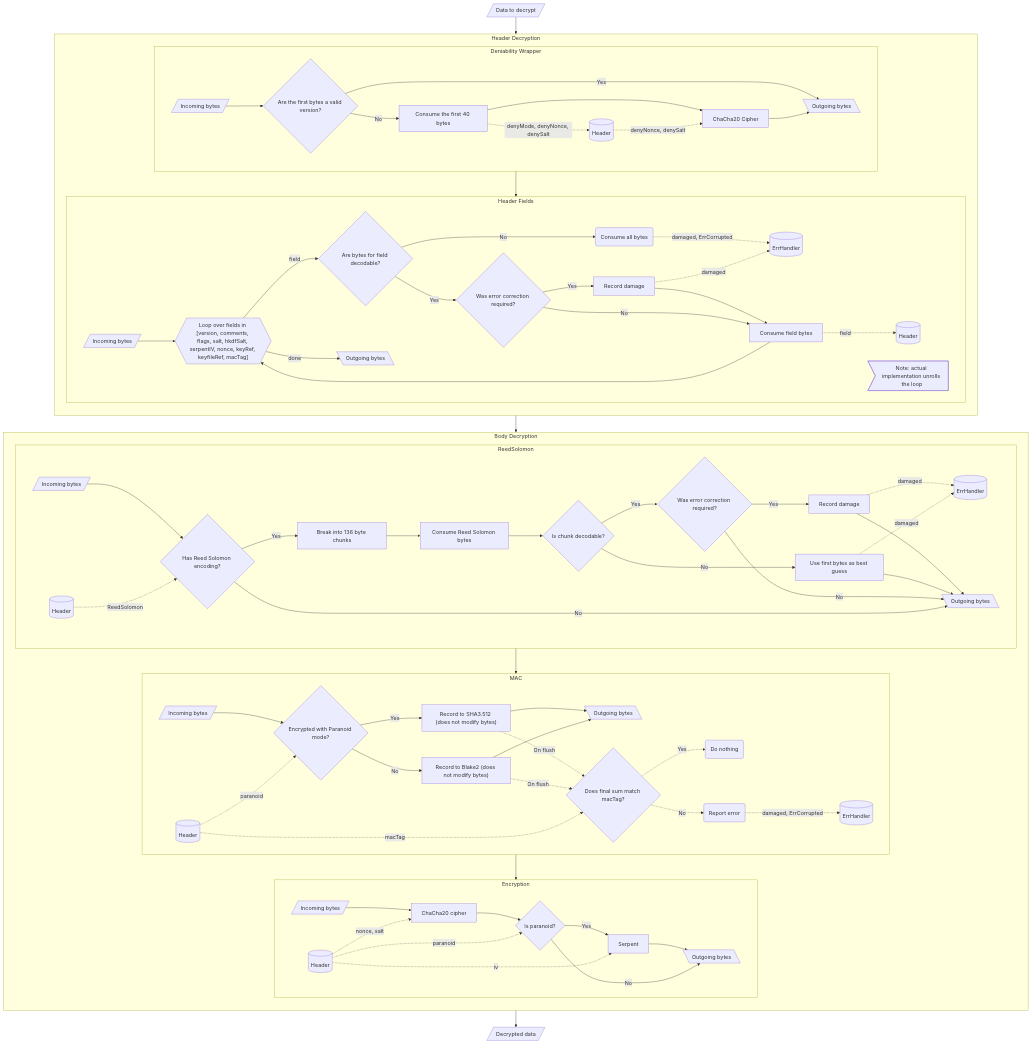
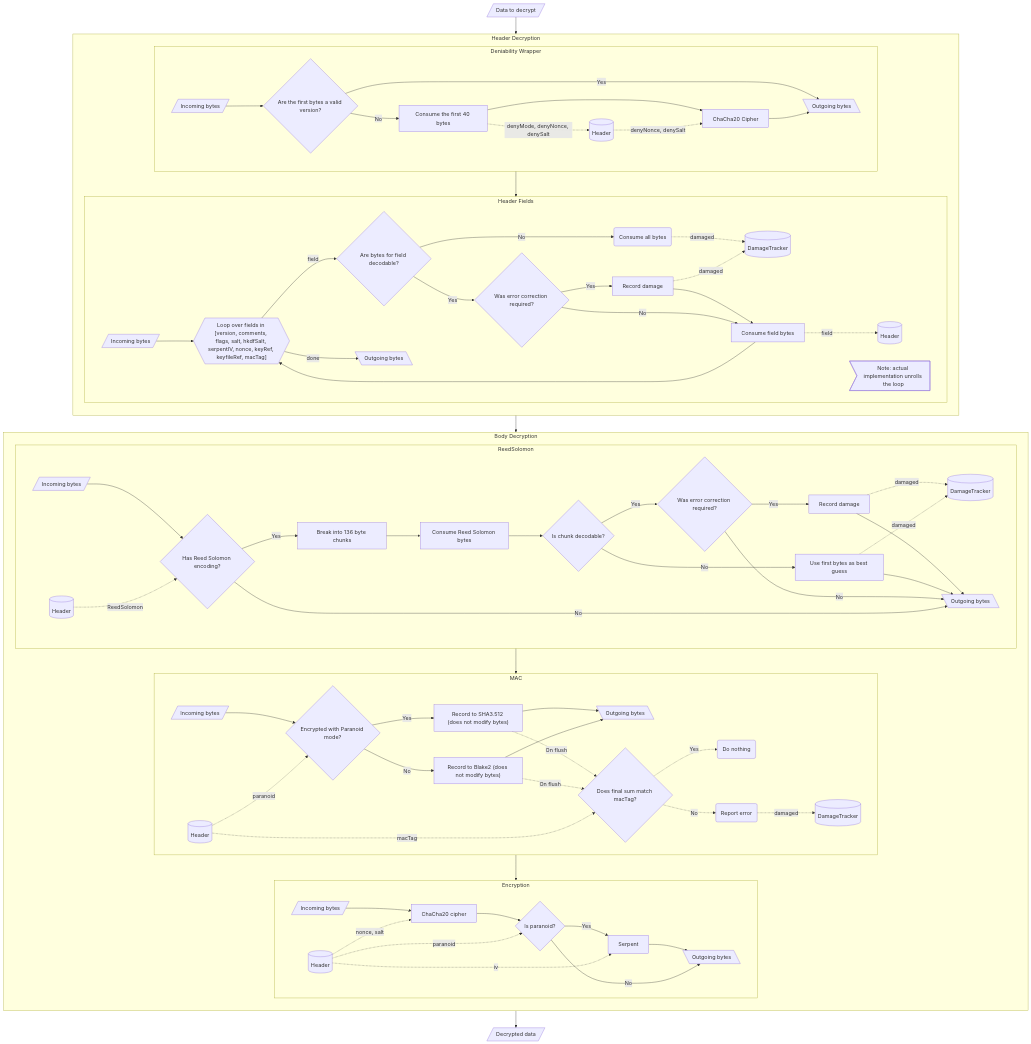
One commit to njhuffman/picocryption changed the second of 5 diagrams in docs/code_architecture.md. Above: the diagram before and after it, drawn with Mermaid. The commit also changed other lines of this file, not shown here.

```diff
--- a/docs/code_architecture.md
+++ b/docs/code_architecture.md
@@ -67,14 +66,14 @@
     subgraph SH_S2[Header Fields]
       direction LR
       SH_S2_HEADER[(Header)]
-      SH_S2_ERR[(ErrHandler)]
+      SH_S2_DMG[(DamageTracker)]
       SH_S2_A[/Incoming bytes/] --> SH_S2_B{{"Loop over fields in [version, comments, flags, salt, hkdfSalt, serpentIV, nonce, keyRef, keyfileRef, macTag]"}}
       SH_S2_B --> |field| SH_S2_C{"Are bytes for field decodable?"}
       SH_S2_C --> |No| SH_S2_D(Consume all bytes)
-      SH_S2_D -.-> |damaged, ErrCorrupted| SH_S2_ERR
+      SH_S2_D -.-> |damaged| SH_S2_DMG
       SH_S2_C --> |Yes| SH_S2_E{Was error correction required?}
       SH_S2_E --> |Yes| SH_S2_F[Record damage]
-      SH_S2_F -.-> |damaged| SH_S2_ERR
+      SH_S2_F -.-> |damaged| SH_S2_DMG
       SH_S2_F --> SH_S2_G[Consume field bytes]
       SH_S2_E --> |No| SH_S2_G
       SH_S2_G --> SH_S2_B
@@ -93,7 +92,7 @@
 
     subgraph SB_S1[ReedSolomon]
       SB_S1_HEADER[(Header)]
-      SB_S1_ERR[(ErrHandler)]
+      SB_S1_DMG[(DamageTracker)]
 
       SB_S1_A[/Incoming bytes/] --> SB_S1_B{Has Reed Solomon encoding?}
       SB_S1_B --> |Yes| SB_S1_C[Break into 136 byte chunks]
@@ -101,8 +100,8 @@
       SB_S1_D --> SB_S1_E{Is chunk decodable?}
       SB_S1_E --> |Yes| SB_S1_F{Was error correction required?}
       SB_S1_F --> |Yes| SB_S1_G[Record damage]
-      SB_S1_G -.-> |damaged| SB_S1_ERR
-      SB_S1_I -.-> |damaged| SB_S1_ERR
+      SB_S1_G -.-> |damaged| SB_S1_DMG
+      SB_S1_I -.-> |damaged| SB_S1_DMG
       SB_S1_G --> SB_S1_H[\Outgoing bytes\]
       SB_S1_E --> |No| SB_S1_I[Use first bytes as best guess]
       SB_S1_I --> SB_S1_H
@@ -114,7 +113,7 @@
     subgraph SB_S2[MAC]
       direction LR
       SB_S2_HEADER[(Header)]
-      SB_S2_ERR[(ErrHandler)]
+      SB_S2_DMG[(DamageTracker)]
       SB_S2_A[/Incoming bytes/] --> SB_S2_B{Encrypted with Paranoid mode?}
       SB_S2_B --> |Yes| SB_S2_C["Record to SHA3.512 (does not modify bytes)"]
       SB_S2_B --> |No| SB_S2_D["Record to Blake2 (does not modify bytes)"]
@@ -129,7 +128,7 @@
       SB_S2_D -.-> |On flush| SB_S2_F
       SB_S2_F -.-> |Yes| SB_S2_G
       SB_S2_F -.-> |No| SB_S2_H
-      SB_S2_H -.-> |damaged, ErrCorrupted| SB_S2_ERR
+      SB_S2_H -.-> |damaged| SB_S2_DMG
 
       SB_S2_HEADER -.-> |paranoid| SB_S2_B
       SB_S2_HEADER -.-> |macTag| SB_S2_F
```
